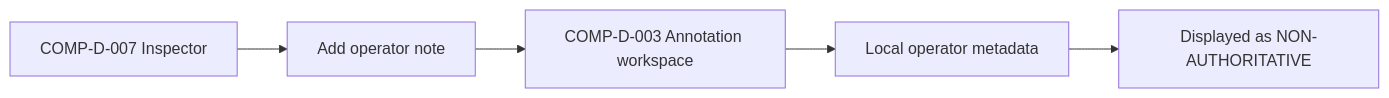
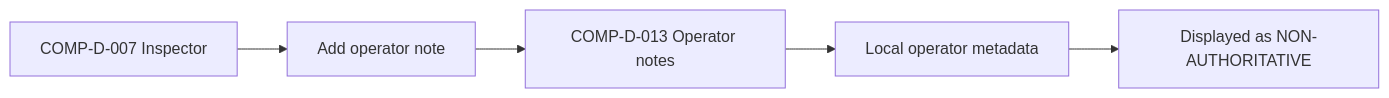
One commit to Entif-AI/Bilqis changed the seventh of 18 diagrams in docs/architecture/mission-control-design/FLOWS.md. Above: the diagram before and after it, drawn with Mermaid. The commit also changed other lines of this file and 7 other files, not shown here.

Commit message:
docs(mission-control): make atlas target-state flowcharts

````diff
--- a/docs/architecture/mission-control-design/FLOWS.md
+++ b/docs/architecture/mission-control-design/FLOWS.md
@@ -105,7 +105,7 @@
 ```mermaid
 flowchart LR
   A[COMP-D-007 Inspector] --> B[Add operator note]
-  B --> C[COMP-D-003 Annotation workspace]
+  B --> C[COMP-D-013 Operator notes]
   C --> D[Local operator metadata]
   D --> E[Displayed as NON-AUTHORITATIVE]
 ```
````
